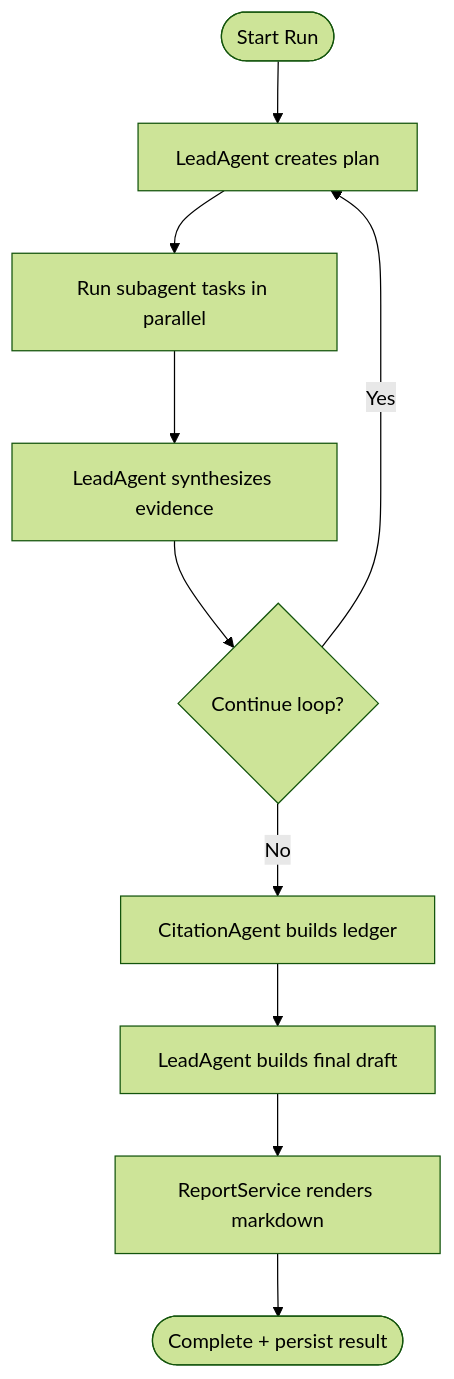
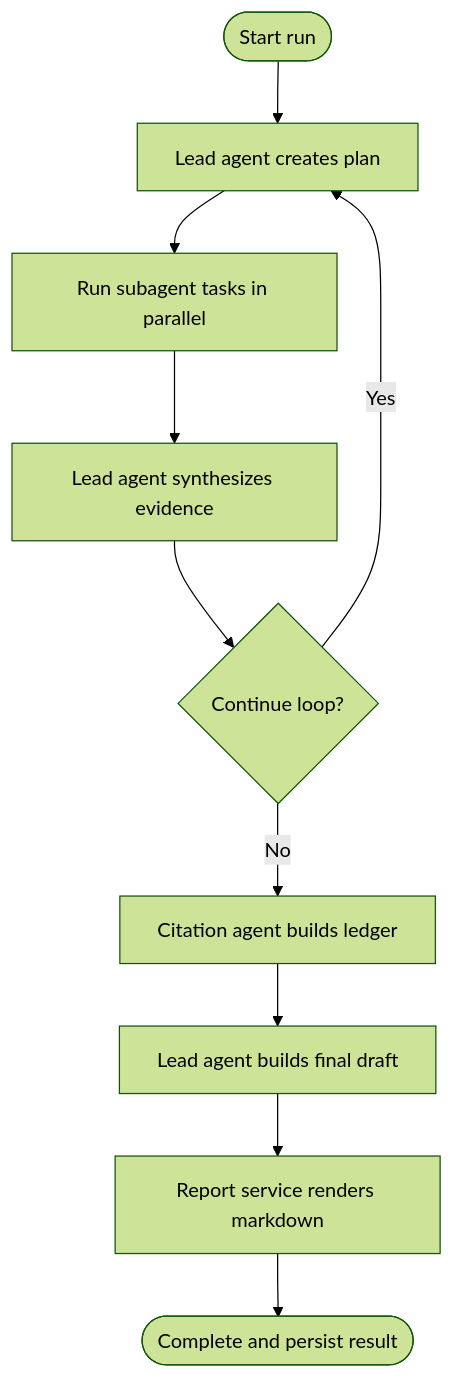
The second of 5 diagrams in ARCH.md (jolovicdev/shandu), drawn with Mermaid (forest theme) before and after one commit. The commit also changed other lines of this file, not shown here.

Commit message:
docs: fix mermaid rendering in architecture diagrams, workflow on tag

````diff
--- a/ARCH.md
+++ b/ARCH.md
@@ -28,12 +28,12 @@
 ```mermaid
 flowchart TD
-    start([Start Run]) --> plan[LeadAgent creates plan]
+    start([Start run]) --> plan[Lead agent creates plan]
     plan --> fanout[Run subagent tasks in parallel]
-    fanout --> synth[LeadAgent synthesizes evidence]
+    fanout --> synth[Lead agent synthesizes evidence]
     synth --> decision{Continue loop?}
     decision -->|Yes| plan
-    decision -->|No| cite[CitationAgent builds ledger]
-    cite --> draft[LeadAgent builds final draft]
-    draft --> render[ReportService renders markdown]
-    render --> done([Complete + persist result])
+    decision -->|No| cite[Citation agent builds ledger]
+    cite --> draft[Lead agent builds final draft]
+    draft --> render[Report service renders markdown]
+    render --> done([Complete and persist result])
 ```
````
